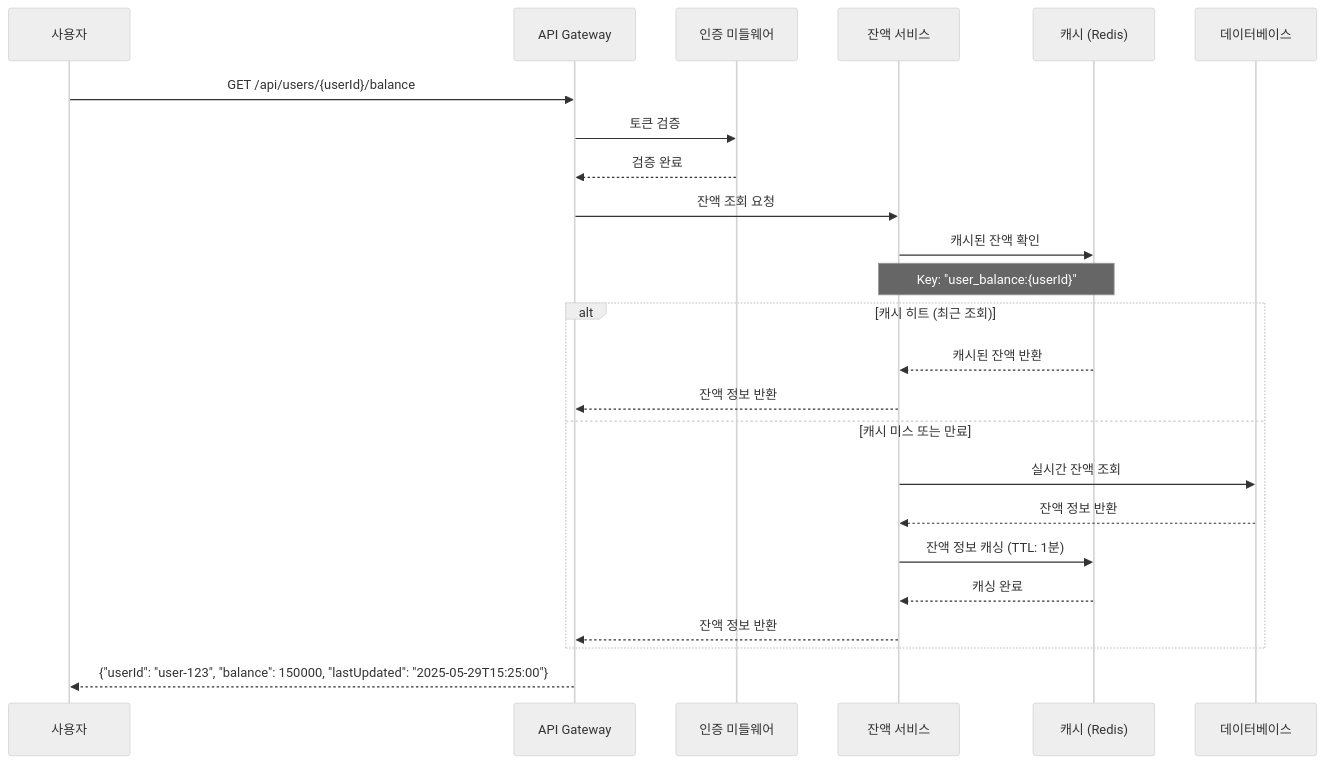
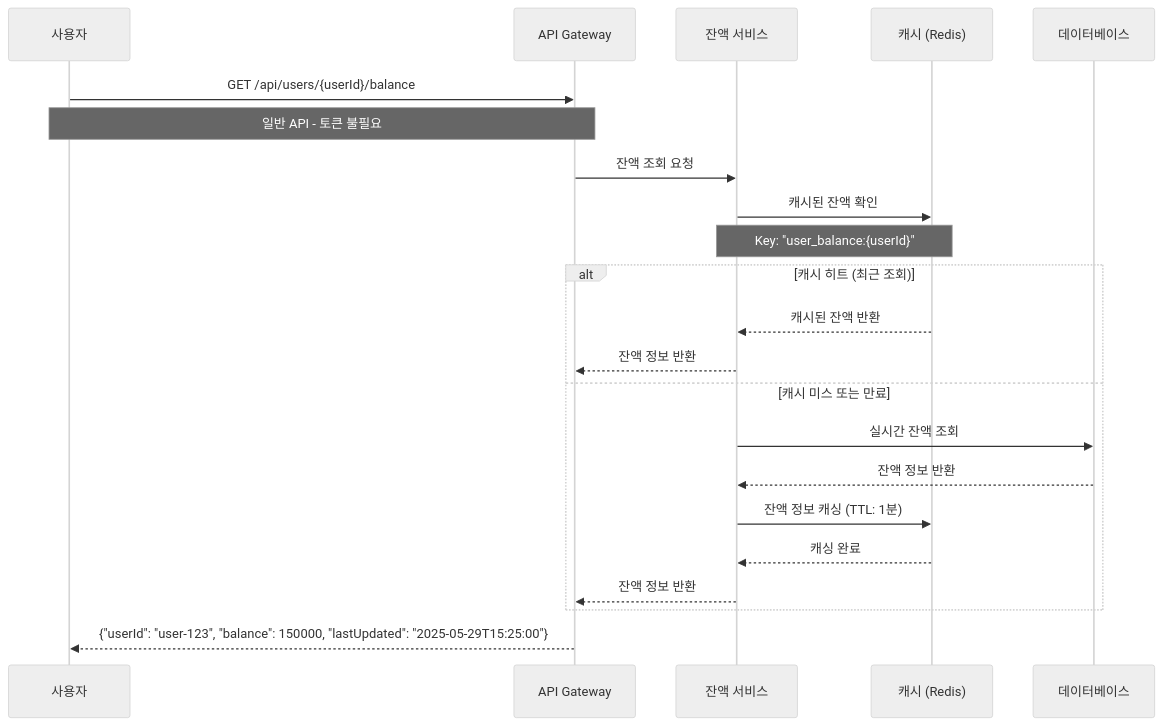
One commit to kubistar/server-java changed the sixth of 9 diagrams in docs/sequence-diagrams.md. Above: the diagram before and after it, drawn with Mermaid (neutral theme). The commit also changed other lines of this file, not shown here.

Commit message:
시쿼스 다이어그램 수정

````diff
--- a/docs/sequence-diagrams.md
+++ b/docs/sequence-diagrams.md
@@ -247,35 +255,32 @@
 ```mermaid
 sequenceDiagram
     participant User as 사용자
     participant API as API Gateway
-    participant Auth as 인증 미들웨어
     participant Balance as 잔액 서비스
     participant Cache as 캐시 (Redis)
     participant DB as 데이터베이스
 
     User->>API: GET /api/users/{userId}/balance
-    
-    API->>Auth: 토큰 검증
-    Auth-->>API: 검증 완료
+    Note over User,API: 일반 API - 토큰 불필요
     
     API->>Balance: 잔액 조회 요청
     
     Balance->>Cache: 캐시된 잔액 확인
     Note over Balance,Cache: Key: "user_balance:{userId}"
     
     alt 캐시 히트 (최근 조회)
         Cache-->>Balance: 캐시된 잔액 반환
         Balance-->>API: 잔액 정보 반환
         
     else 캐시 미스 또는 만료
         Balance->>DB: 실시간 잔액 조회
         DB-->>Balance: 잔액 정보 반환
         
         Balance->>Cache: 잔액 정보 캐싱 (TTL: 1분)
         Cache-->>Balance: 캐싱 완료
         
         Balance-->>API: 잔액 정보 반환
     end
     
     API-->>User: {"userId": "user-123", "balance": 150000, "lastUpdated": "2025-05-29T15:25:00"}
 ```
````
